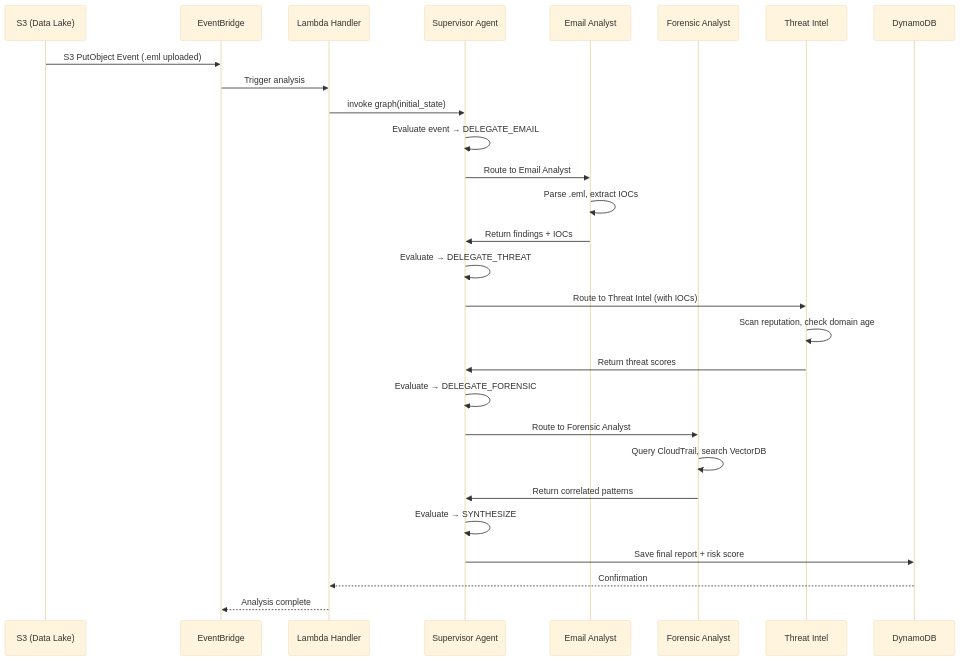
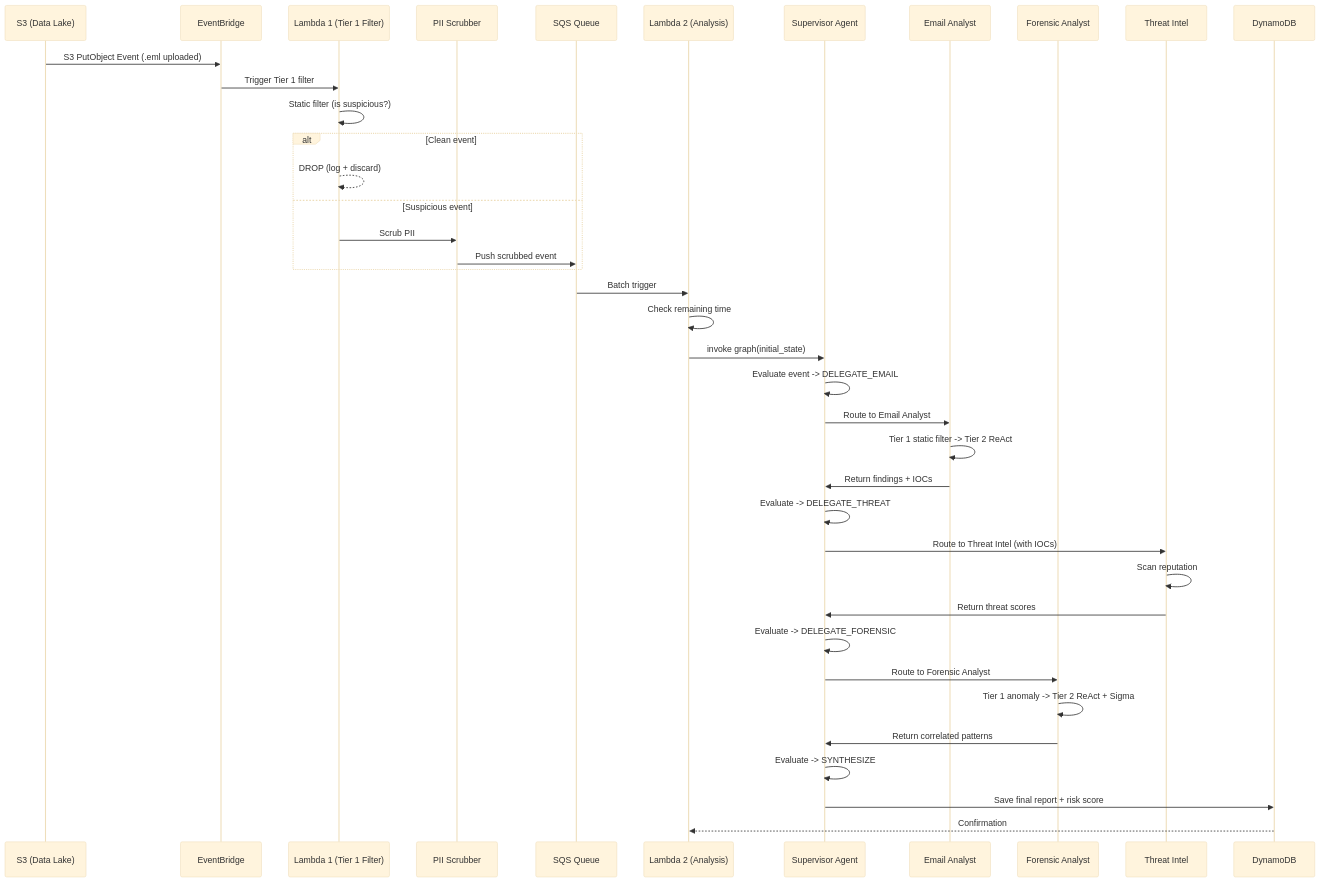
One commit to giangvt1/BASTION changed the second of 2 diagrams in Design.md. Above: the diagram before and after it, drawn with Mermaid (base theme). The commit also changed other lines of this file and 44 other files, not shown here.

First line of the commit message:
Add Gemini agents, Tier1 filter, FAISS & services

````diff
--- a/Design.md
+++ b/Design.md
@@ -624,35 +726,48 @@
 ```mermaid
 sequenceDiagram
     participant S3 as S3 (Data Lake)
     participant EB as EventBridge
-    participant Lambda as Lambda Handler
+    participant L1 as Lambda 1 (Tier 1 Filter)
+    participant PII as PII Scrubber
+    participant SQS as SQS Queue
+    participant L2 as Lambda 2 (Analysis)
     participant SV as Supervisor Agent
     participant EA as Email Analyst
     participant FA as Forensic Analyst
     participant TI as Threat Intel
     participant DB as DynamoDB
 
     S3->>EB: S3 PutObject Event (.eml uploaded)
-    EB->>Lambda: Trigger analysis
-    Lambda->>SV: invoke graph(initial_state)
+    EB->>L1: Trigger Tier 1 filter
+    L1->>L1: Static filter (is suspicious?)
 
-    SV->>SV: Evaluate event → DELEGATE_EMAIL
+    alt Clean event
+        L1-->>L1: DROP (log + discard)
+    else Suspicious event
+        L1->>PII: Scrub PII
+        PII->>SQS: Push scrubbed event
+    end
+
+    SQS->>L2: Batch trigger
+    L2->>L2: Check remaining time
+    L2->>SV: invoke graph(initial_state)
+
+    SV->>SV: Evaluate event -> DELEGATE_EMAIL
     SV->>EA: Route to Email Analyst
-    EA->>EA: Parse .eml, extract IOCs
+    EA->>EA: Tier 1 static filter -> Tier 2 ReAct
     EA->>SV: Return findings + IOCs
 
-    SV->>SV: Evaluate → DELEGATE_THREAT
+    SV->>SV: Evaluate -> DELEGATE_THREAT
     SV->>TI: Route to Threat Intel (with IOCs)
-    TI->>TI: Scan reputation, check domain age
+    TI->>TI: Scan reputation
     TI->>SV: Return threat scores
 
-    SV->>SV: Evaluate → DELEGATE_FORENSIC
+    SV->>SV: Evaluate -> DELEGATE_FORENSIC
     SV->>FA: Route to Forensic Analyst
-    FA->>FA: Query CloudTrail, search VectorDB
+    FA->>FA: Tier 1 anomaly -> Tier 2 ReAct + Sigma
     FA->>SV: Return correlated patterns
 
-    SV->>SV: Evaluate → SYNTHESIZE
+    SV->>SV: Evaluate -> SYNTHESIZE
     SV->>DB: Save final report + risk score
-    DB-->>Lambda: Confirmation
-    Lambda-->>EB: Analysis complete
+    DB-->>L2: Confirmation
 ```
````
